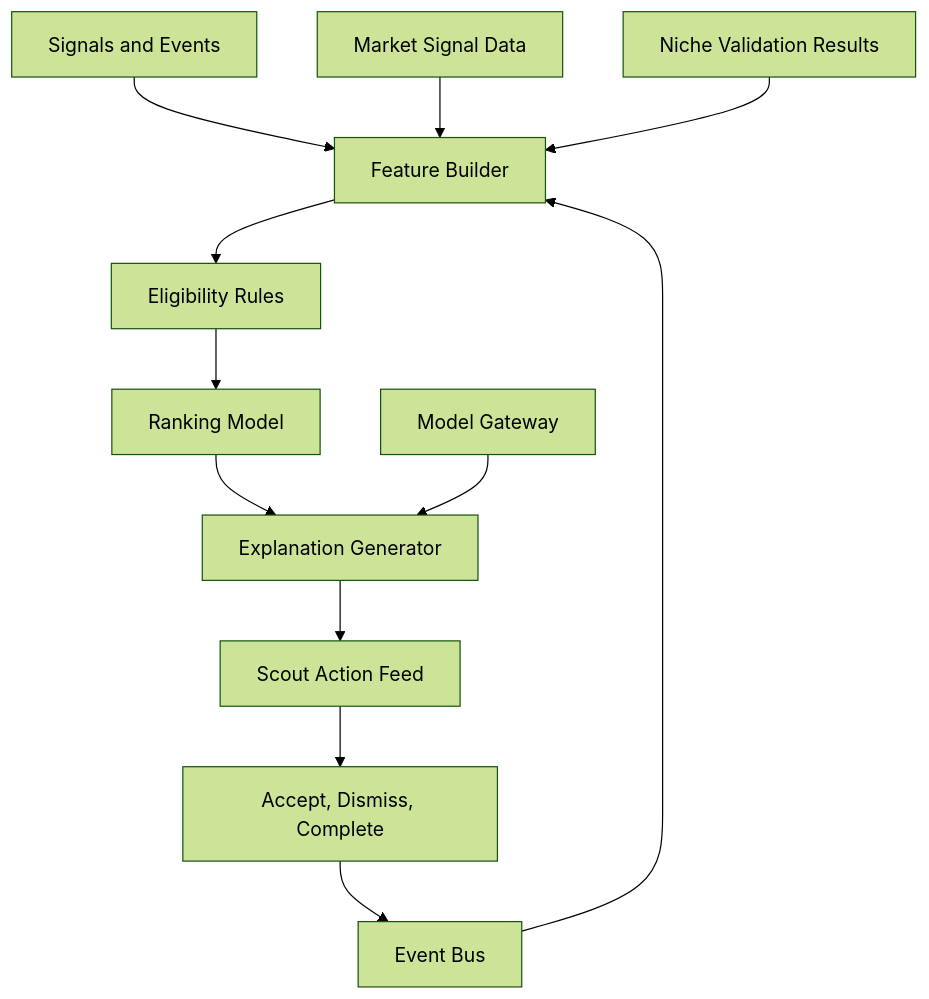
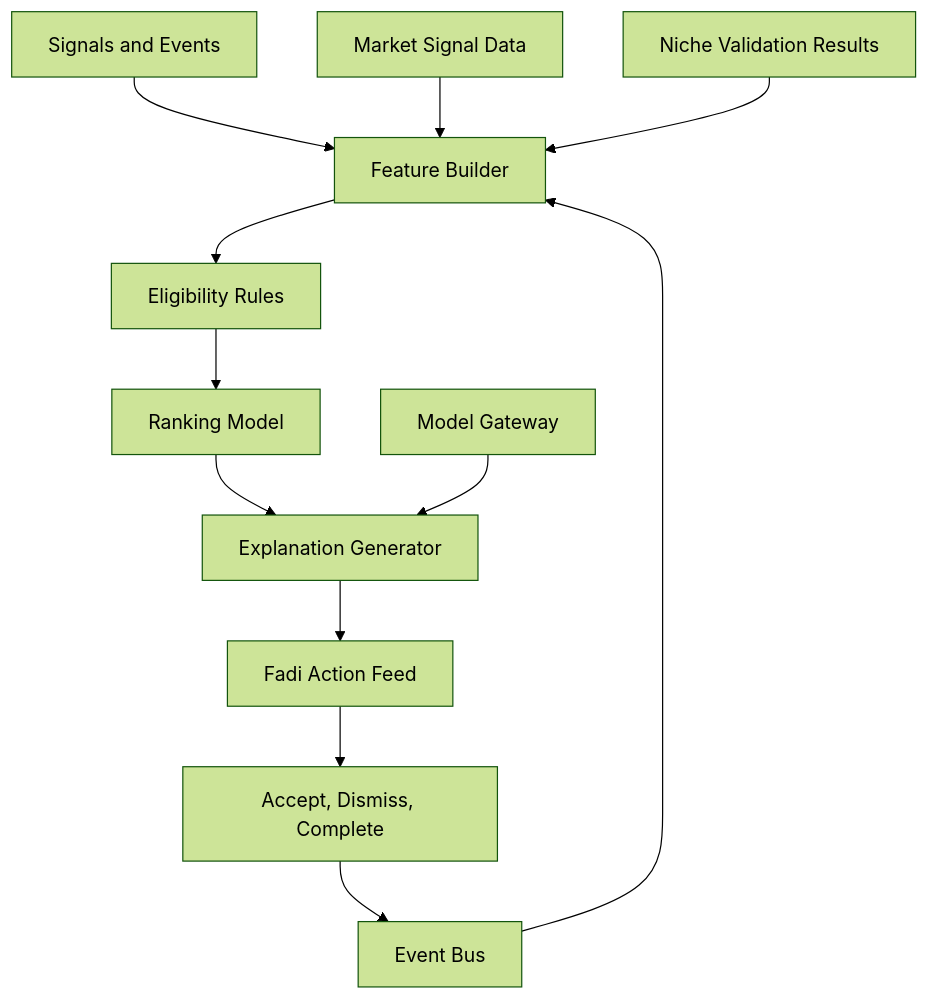
Before and after one commit to Mirzzie/Fadi: the diagram in docs/RECOMMENDATION_ENGINE.md, drawn with Mermaid (forest theme). The commit also changed other lines of this file and 158 other files, not shown here.

First line of the commit message:
refactor!: rename agent Scout→Fadi and brand CareerOS→FadiOS

````diff
--- a/docs/RECOMMENDATION_ENGINE.md
+++ b/docs/RECOMMENDATION_ENGINE.md
@@ -25,14 +25,14 @@
 ```mermaid
 flowchart TD
     Signals[Signals and Events] --> Features[Feature Builder]
     MarketData[Market Signal Data] --> Features
     NicheValidation[Niche Validation Results] --> Features
     Features --> Rules[Eligibility Rules]
     Rules --> Ranker[Ranking Model]
     Ranker --> Explainer[Explanation Generator]
     Gateway[Model Gateway] --> Explainer
-    Explainer --> Feed[Scout Action Feed]
+    Explainer --> Feed[Fadi Action Feed]
     Feed --> Feedback[Accept, Dismiss, Complete]
     Feedback --> Events[Event Bus]
     Events --> Features
 ```
````
